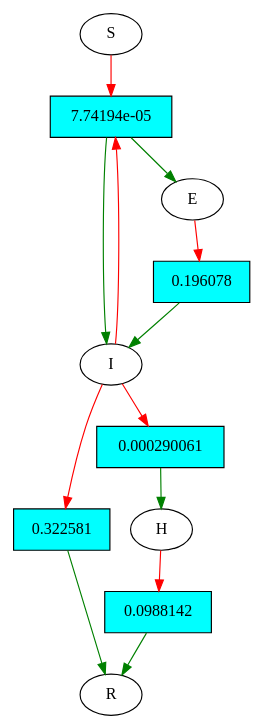
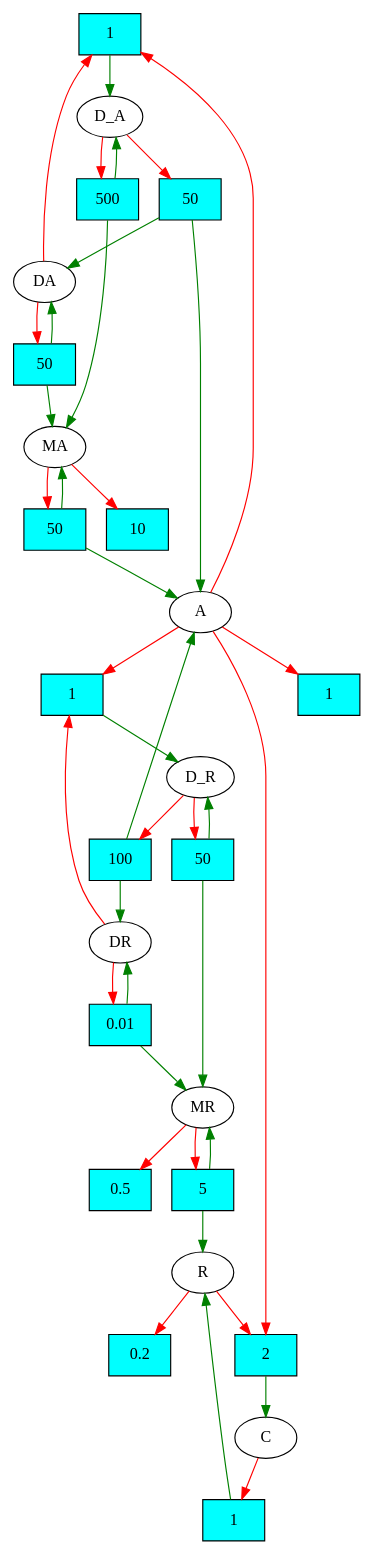
The diagram in cmake-build-debug/reaction_graph.dot (MrHonket/SP-2023), drawn with Graphviz before and after one commit. The commit also changed 7 other files, not shown here.

```diff
--- a/cmake-build-debug/reaction_graph.dot
+++ b/cmake-build-debug/reaction_graph.dot
@@ -1,19 +1,57 @@
 digraph Reaction {
-    R0 [label="7.74194e-05", shape=box,style=filled,fillcolor=cyan];
-    R1 [label="0.196078", shape=box,style=filled,fillcolor=cyan];
-    R2 [label="0.322581", shape=box,style=filled,fillcolor=cyan];
-    R3 [label="0.000290061", shape=box,style=filled,fillcolor=cyan];
-    R4 [label="0.0988142", shape=box,style=filled,fillcolor=cyan];
-    S -> R0 [color=red];
-    I -> R0 [color=red];
-    R0 -> E [color=green];
-    R0 -> I [color=green];
-    E -> R1 [color=red];
-    R1 -> I [color=green];
-    I -> R2 [color=red];
-    R2 -> R [color=green];
-    I -> R3 [color=red];
-    R3 -> H [color=green];
-    H -> R4 [color=red];
-    R4 -> R [color=green];
+    R0 [label="1", shape=box,style=filled,fillcolor=cyan];
+    R1 [label="50", shape=box,style=filled,fillcolor=cyan];
+    R2 [label="1", shape=box,style=filled,fillcolor=cyan];
+    R3 [label="100", shape=box,style=filled,fillcolor=cyan];
+    R4 [label="500", shape=box,style=filled,fillcolor=cyan];
+    R5 [label="50", shape=box,style=filled,fillcolor=cyan];
+    R6 [label="50", shape=box,style=filled,fillcolor=cyan];
+    R7 [label="0.01", shape=box,style=filled,fillcolor=cyan];
+    R8 [label="50", shape=box,style=filled,fillcolor=cyan];
+    R9 [label="5", shape=box,style=filled,fillcolor=cyan];
+    R10 [label="2", shape=box,style=filled,fillcolor=cyan];
+    R11 [label="1", shape=box,style=filled,fillcolor=cyan];
+    R12 [label="1", shape=box,style=filled,fillcolor=cyan];
+    R13 [label="0.2", shape=box,style=filled,fillcolor=cyan];
+    R14 [label="10", shape=box,style=filled,fillcolor=cyan];
+    R15 [label="0.5", shape=box,style=filled,fillcolor=cyan];
+    A -> R0 [color=red];
+    DA -> R0 [color=red];
+    R0 -> D_A [color=green];
+    D_A -> R1 [color=red];
+    R1 -> DA [color=green];
+    R1 -> A [color=green];
+    A -> R2 [color=red];
+    DR -> R2 [color=red];
+    R2 -> D_R [color=green];
+    D_R -> R3 [color=red];
+    R3 -> DR [color=green];
+    R3 -> A [color=green];
+    D_A -> R4 [color=red];
+    R4 -> MA [color=green];
+    R4 -> D_A [color=green];
+    DA -> R5 [color=red];
+    R5 -> MA [color=green];
+    R5 -> DA [color=green];
+    D_R -> R6 [color=red];
+    R6 -> MR [color=green];
+    R6 -> D_R [color=green];
+    DR -> R7 [color=red];
+    R7 -> MR [color=green];
+    R7 -> DR [color=green];
+    MA -> R8 [color=red];
+    R8 -> MA [color=green];
+    R8 -> A [color=green];
+    MR -> R9 [color=red];
+    R9 -> MR [color=green];
+    R9 -> R [color=green];
+    A -> R10 [color=red];
+    R -> R10 [color=red];
+    R10 -> C [color=green];
+    C -> R11 [color=red];
+    R11 -> R [color=green];
+    A -> R12 [color=red];
+    R -> R13 [color=red];
+    MA -> R14 [color=red];
+    MR -> R15 [color=red];
 }
```
